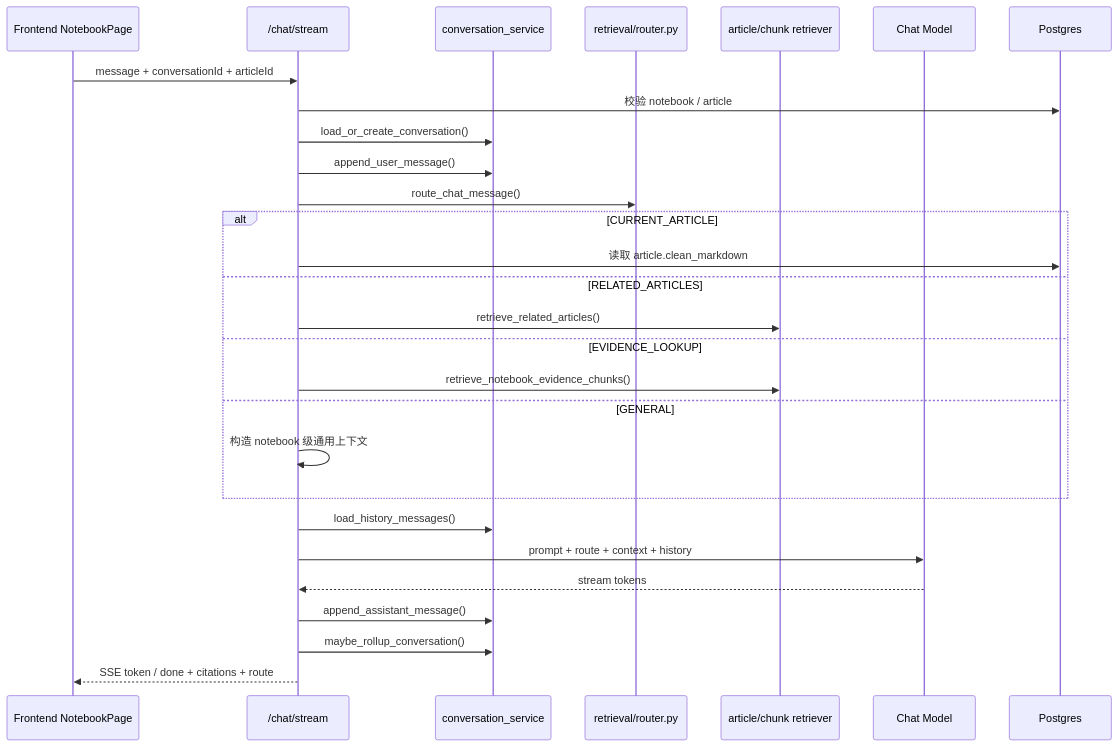
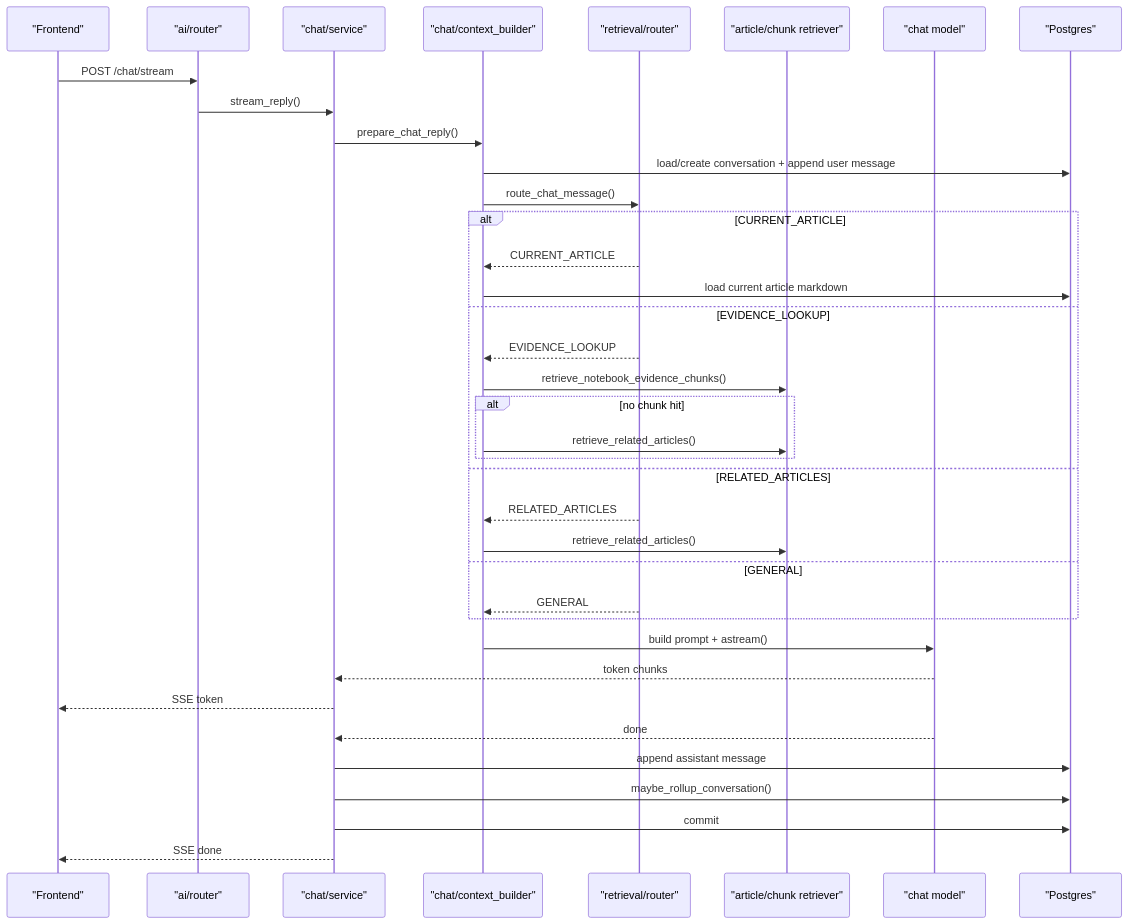
Diagram 15 of 17 in docs/system-architecture.md (jiyue333/notebooklm), drawn with Mermaid before and after one commit. The commit also changed other lines of this file and 59 other files, not shown here.

````diff
--- a/docs/system-architecture.md
+++ b/docs/system-architecture.md
@@ -425,33 +681,42 @@
 ```mermaid
 sequenceDiagram
-    participant FE as Frontend NotebookPage
-    participant API as /chat/stream
-    participant Conv as conversation_service
-    participant Router as retrieval/router.py
-    participant Ret as article/chunk retriever
-    participant LLM as Chat Model
-    participant DB as Postgres
+    participant FE as "Frontend"
+    participant API as "ai/router"
+    participant Chat as "chat/service"
+    participant Context as "chat/context_builder"
+    participant Route as "retrieval/router"
+    participant Retrieval as "article/chunk retriever"
+    participant LLM as "chat model"
+    participant DB as "Postgres"
 
-    FE->>API: message + conversationId + articleId
-    API->>DB: 校验 notebook / article
-    API->>Conv: load_or_create_conversation()
-    API->>Conv: append_user_message()
-    API->>Router: route_chat_message()
+    FE->>API: POST /chat/stream
+    API->>Chat: stream_reply()
+    Chat->>Context: prepare_chat_reply()
+    Context->>DB: load/create conversation + append user message
+    Context->>Route: route_chat_message()
 
     alt CURRENT_ARTICLE
-        API->>DB: 读取 article.clean_markdown
+        Route-->>Context: CURRENT_ARTICLE
+        Context->>DB: load current article markdown
+    else EVIDENCE_LOOKUP
+        Route-->>Context: EVIDENCE_LOOKUP
+        Context->>Retrieval: retrieve_notebook_evidence_chunks()
+        alt no chunk hit
+            Context->>Retrieval: retrieve_related_articles()
+        end
     else RELATED_ARTICLES
-        API->>Ret: retrieve_related_articles()
-    else EVIDENCE_LOOKUP
-        API->>Ret: retrieve_notebook_evidence_chunks()
+        Route-->>Context: RELATED_ARTICLES
+        Context->>Retrieval: retrieve_related_articles()
     else GENERAL
-        API->>API: 构造 notebook 级通用上下文
+        Route-->>Context: GENERAL
     end
 
-    API->>Conv: load_history_messages()
-    API->>LLM: prompt + route + context + history
-    LLM-->>API: stream tokens
-    API->>Conv: append_assistant_message()
-    API->>Conv: maybe_rollup_conversation()
-    API-->>FE: SSE token / done + citations + route
+    Context->>LLM: build prompt + astream()
+    LLM-->>Chat: token chunks
+    Chat-->>FE: SSE token
+    LLM-->>Chat: done
+    Chat->>DB: append assistant message
+    Chat->>DB: maybe_rollup_conversation()
+    Chat->>DB: commit
+    Chat-->>FE: SSE done
 ```
````
